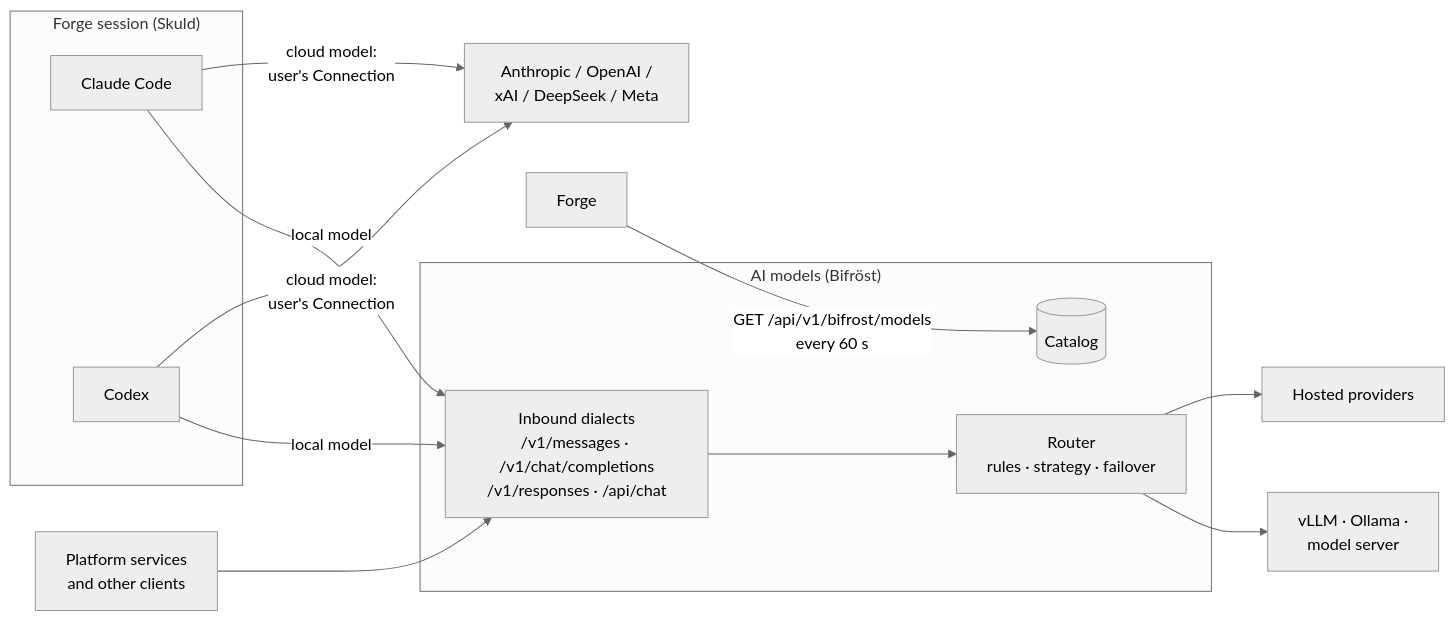
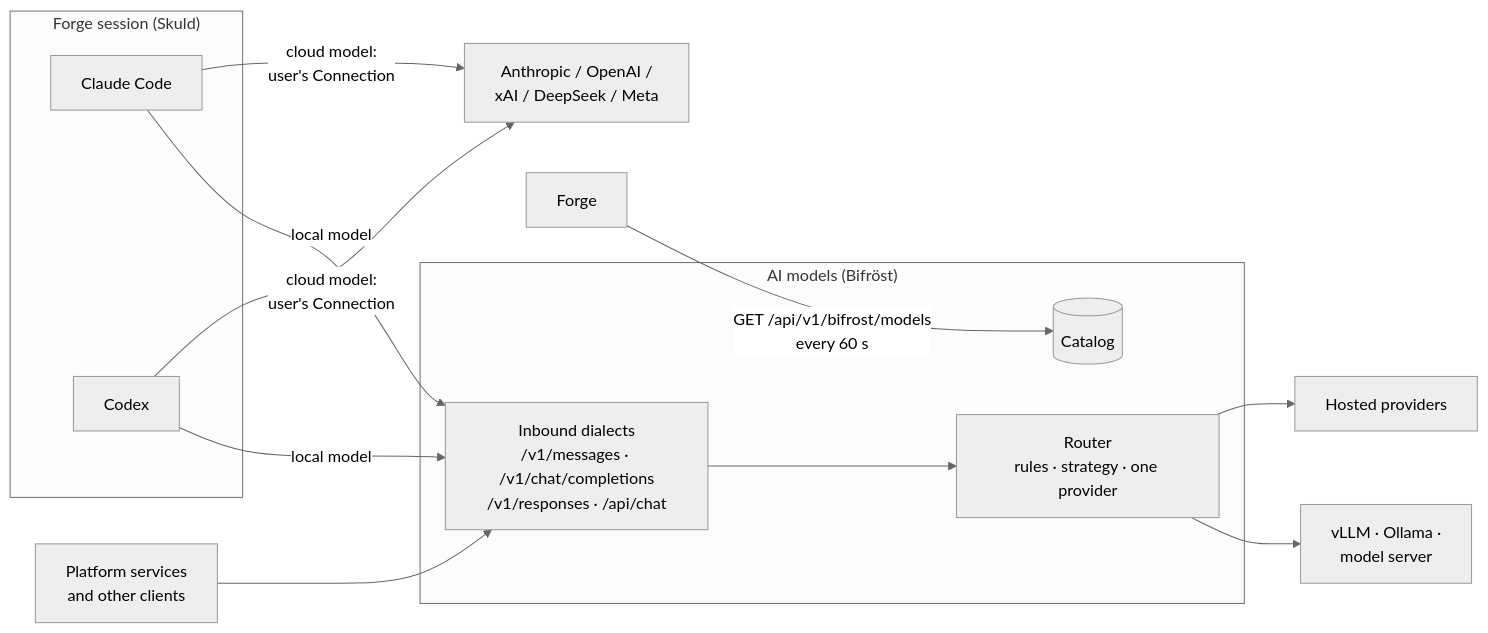
Before and after one commit to niuulabs/niuu: the diagram in docs/site/architecture/models/index.md, drawn with Mermaid (neutral theme). The commit also changed 21 other files, not shown here.

First line of the commit message:
docs: align rules, limits and architecture pages with the fixes

````diff
--- a/docs/site/architecture/models/index.md
+++ b/docs/site/architecture/models/index.md
@@ -26,21 +26,21 @@
 ```mermaid
 flowchart LR
     subgraph Session["Forge session (Skuld)"]
         CC[Claude Code]
         CX[Codex]
     end
     SVC[Platform services<br/>and other clients]
     subgraph B["AI models (Bifröst)"]
         IN[Inbound dialects<br/>/v1/messages · /v1/chat/completions<br/>/v1/responses · /api/chat]
-        R[Router<br/>rules · strategy · failover]
+        R[Router<br/>rules · strategy · one provider]
         CAT[(Catalog)]
     end
     FORGE[Forge] -- "GET /api/v1/bifrost/models<br/>every 60 s" --> CAT
     CC -- "cloud model:<br/>user's Connection" --> VEND[Anthropic / OpenAI /<br/>xAI / DeepSeek / Meta]
     CX -- "cloud model:<br/>user's Connection" --> VEND
     CC -- "local model" --> IN
     CX -- "local model" --> IN
     SVC --> IN
     IN --> R --> P1[Hosted providers]
     R --> P2[vLLM · Ollama ·<br/>model server]
 ```
````
